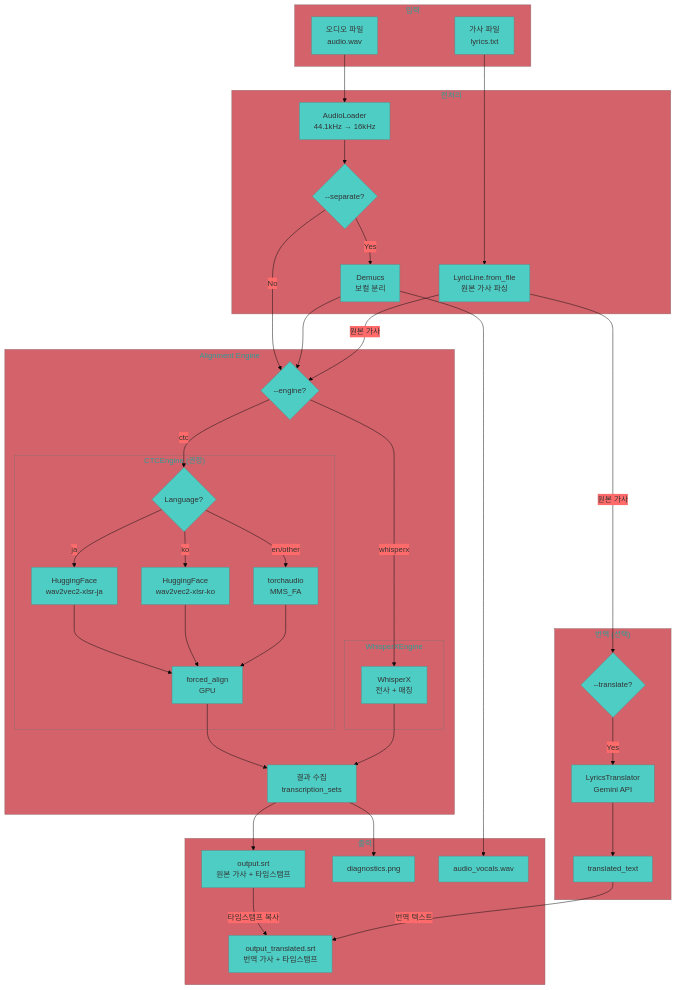
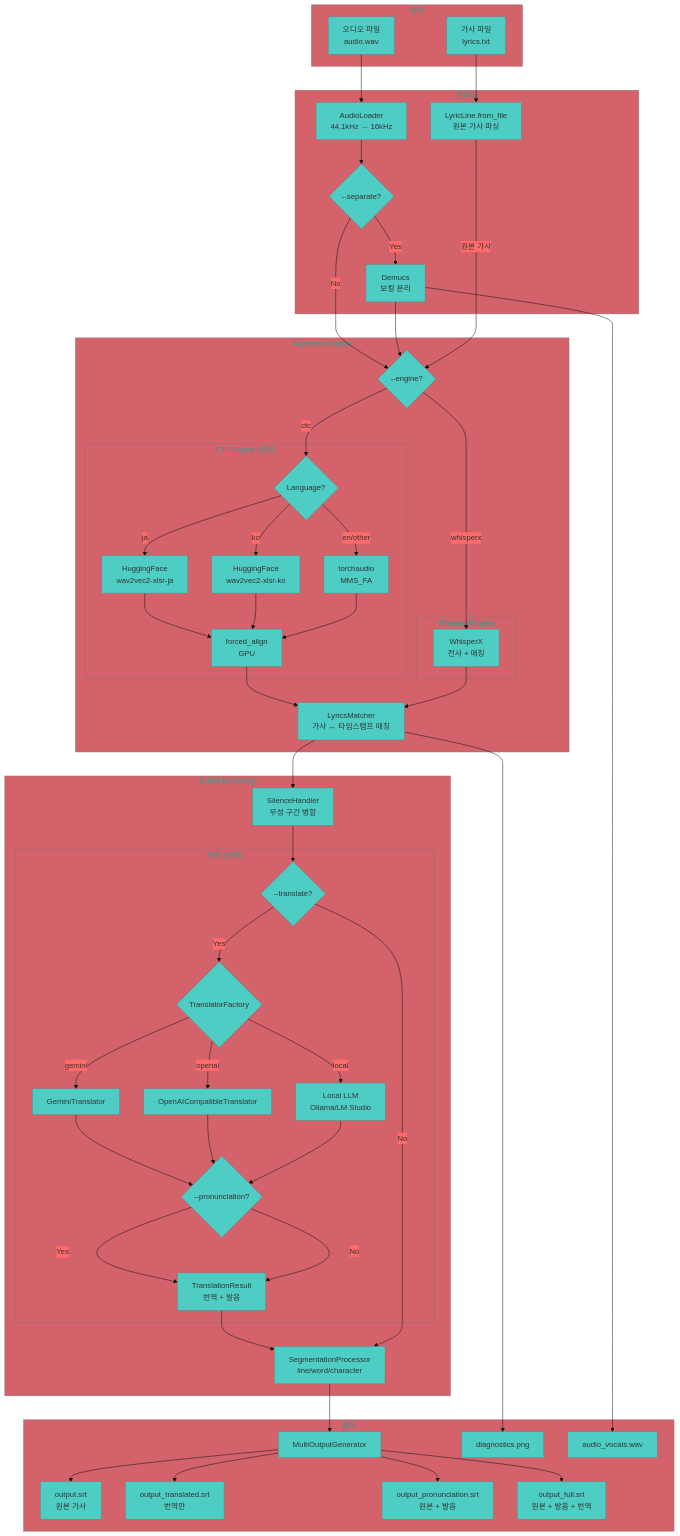
One commit to onpe5679/Everyric2 changed the diagram in diagrams/01_overall_pipeline.mermaid. Above: the diagram before and after it, drawn with Mermaid. The commit also changed 6 other files, not shown here.

Commit message:
다이어그램수정

```diff
--- a/diagrams/01_overall_pipeline.mermaid
+++ b/diagrams/01_overall_pipeline.mermaid
@@ -1,77 +1,104 @@
 %%{init: {'theme': 'base', 'themeVariables': { 'primaryColor': '#4ECDC4', 'secondaryColor': '#FF6B6B'}}}%%
 flowchart TD
     subgraph INPUT["입력"]
         A[오디오 파일<br/>audio.wav]
         B[가사 파일<br/>lyrics.txt]
     end
 
     subgraph PREPROCESS["전처리"]
         C[AudioLoader<br/>44.1kHz → 16kHz]
         D{--separate?}
         E[Demucs<br/>보컬 분리]
         F[LyricLine.from_file<br/>원본 가사 파싱]
     end
 
     subgraph ENGINE["Alignment Engine"]
         ENG{--engine?}
         
         subgraph CTC_ENG["CTCEngine (권장)"]
             CTC_LANG{Language?}
             CTC_JA[HuggingFace<br/>wav2vec2-xlsr-ja]
             CTC_KO[HuggingFace<br/>wav2vec2-xlsr-ko]
             CTC_EN[torchaudio<br/>MMS_FA]
             CTC_FA[forced_align<br/>GPU]
         end
         
         subgraph WX_ENG["WhisperXEngine"]
             J[WhisperX<br/>전사 + 매칭]
         end
         
-        I[결과 수집<br/>transcription_sets]
+        I[LyricsMatcher<br/>가사 ↔ 타임스탬프 매칭]
     end
 
-    subgraph TRANSLATE["번역 (선택)"]
-        G{--translate?}
-        H[LyricsTranslator<br/>Gemini API]
-        T[translated_text]
+    subgraph POSTPROCESS["후처리 파이프라인"]
+        SH[SilenceHandler<br/>무성 구간 병합]
+        
+        subgraph TRANSLATE["번역 (선택)"]
+            G{--translate?}
+            TR_FACT{TranslatorFactory}
+            TR_GEM[GeminiTranslator]
+            TR_OAI[OpenAICompatibleTranslator]
+            TR_LOC[Local LLM<br/>Ollama/LM Studio]
+            PRON{--pronunciation?}
+            TR_RES[TranslationResult<br/>번역 + 발음]
+        end
+        
+        SEG[SegmentationProcessor<br/>line/word/character]
     end
 
     subgraph OUTPUT["출력"]
-        L[output.srt<br/>원본 가사 + 타임스탬프]
-        L2[output_translated.srt<br/>번역 가사 + 타임스탬프]
+        MOG[MultiOutputGenerator]
+        L1[output.srt<br/>원본 가사]
+        L2[output_translated.srt<br/>번역만]
+        L3[output_pronunciation.srt<br/>원본 + 발음]
+        L4[output_full.srt<br/>원본 + 발음 + 번역]
         M[diagnostics.png]
         N[audio_vocals.wav]
     end
 
     A --> C
     B --> F
     C --> D
     D -->|Yes| E
     D -->|No| ENG
     E --> ENG
     E --> N
     
     ENG -->|ctc| CTC_LANG
     CTC_LANG -->|ja| CTC_JA
     CTC_LANG -->|ko| CTC_KO
     CTC_LANG -->|en/other| CTC_EN
     CTC_JA --> CTC_FA
     CTC_KO --> CTC_FA
     CTC_EN --> CTC_FA
     CTC_FA --> I
     
     ENG -->|whisperx| J
     
     F -->|원본 가사| ENG
-    F -->|원본 가사| G
     
     J --> I
     
-    G -->|Yes| H
-    H --> T
+    I --> SH
+    SH --> G
     
-    I --> L
-    L -->|타임스탬프 복사| L2
-    T -->|번역 텍스트| L2
+    G -->|Yes| TR_FACT
+    TR_FACT -->|gemini| TR_GEM
+    TR_FACT -->|openai| TR_OAI
+    TR_FACT -->|local| TR_LOC
+    TR_GEM --> PRON
+    TR_OAI --> PRON
+    TR_LOC --> PRON
+    PRON -->|Yes| TR_RES
+    PRON -->|No| TR_RES
+    TR_RES --> SEG
+    
+    G -->|No| SEG
+    
+    SEG --> MOG
+    MOG --> L1
+    MOG --> L2
+    MOG --> L3
+    MOG --> L4
     
     I --> M
```
